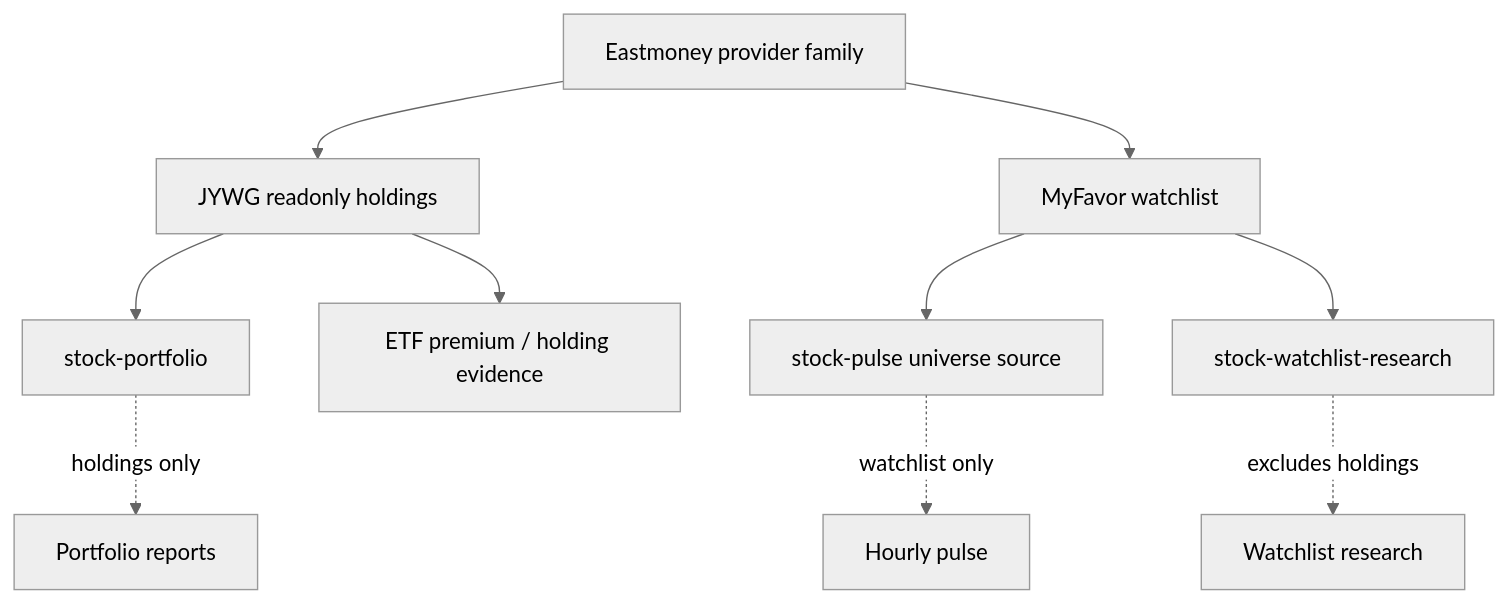
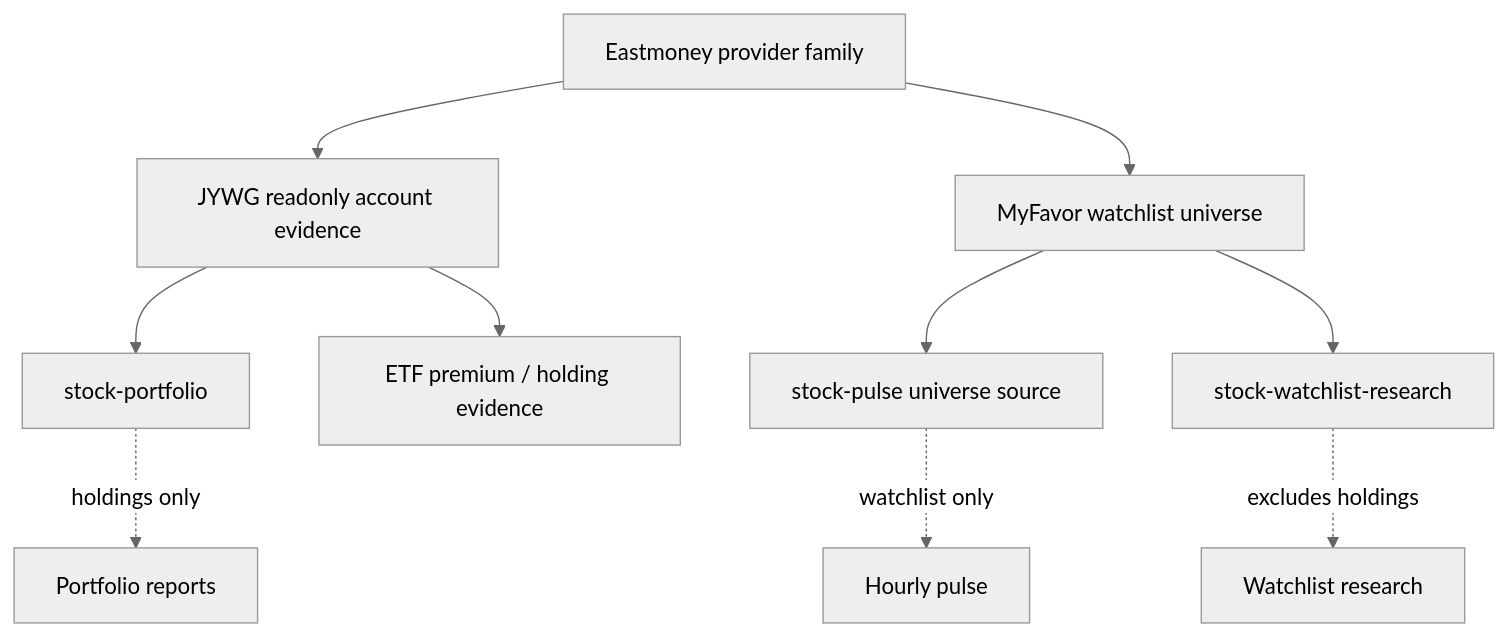
Before and after one commit to yuanyunfan/miniclaw: the diagram in docs/providers/stock/eastmoney.md, drawn with Mermaid (neutral theme). The commit also changed other lines of this file and 7 other files, not shown here.

````diff
--- a/docs/providers/stock/eastmoney.md
+++ b/docs/providers/stock/eastmoney.md
@@ -7,15 +7,15 @@
 ```mermaid
 flowchart TD
   Eastmoney[Eastmoney provider family]
-  Eastmoney --> JYWG[JYWG readonly holdings]
-  Eastmoney --> MyFavor[MyFavor watchlist]
+  Eastmoney --> JYWG[JYWG readonly account evidence]
+  Eastmoney --> MyFavor[MyFavor watchlist universe]
 
   JYWG --> Portfolio[stock-portfolio]
   JYWG --> Premium[ETF premium / holding evidence]
   MyFavor --> PulseUniverse[stock-pulse universe source]
   MyFavor --> WatchlistResearch[stock-watchlist-research]
 
   Portfolio -. holdings only .-> Reports[Portfolio reports]
   PulseUniverse -. watchlist only .-> Pulse[Hourly pulse]
   WatchlistResearch -. excludes holdings .-> Research[Watchlist research]
 ```
````
